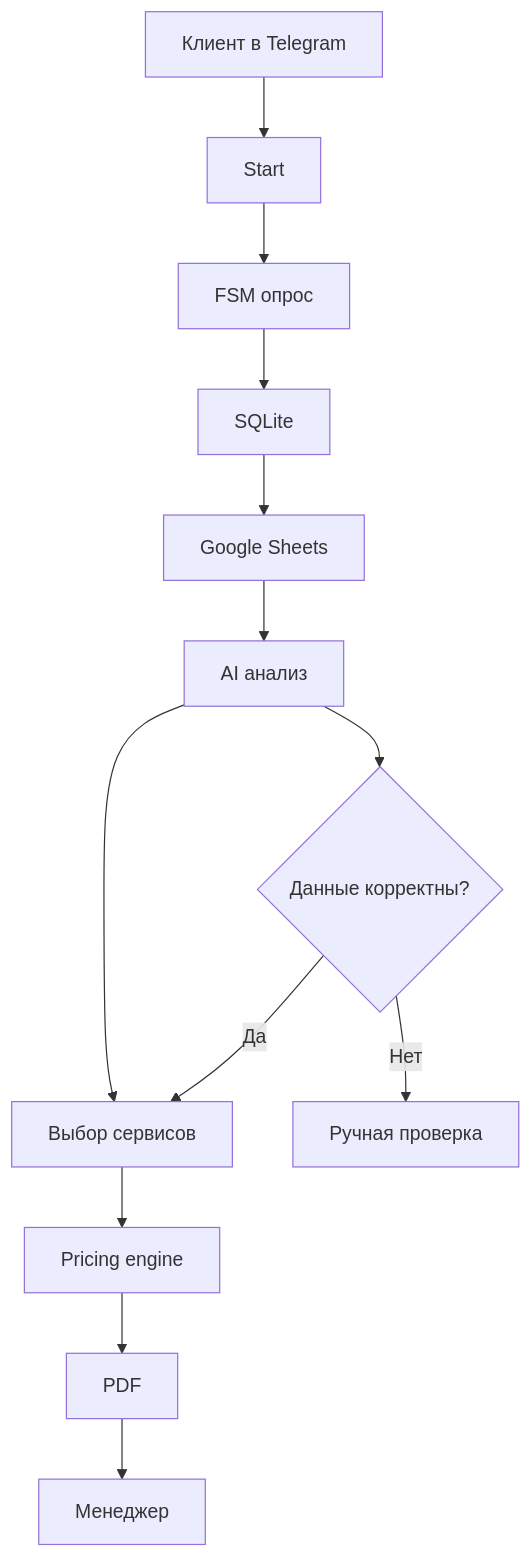
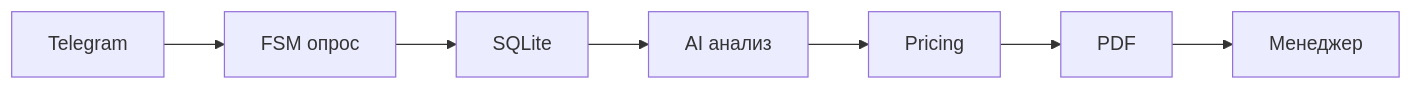
One commit to guzkarimova/ai-presale-bot changed the diagram in README.md. Above: the diagram before and after it, drawn with Mermaid.

Commit message:
Compact logic diagram

````diff
--- a/README.md
+++ b/README.md
@@ -16,16 +16,9 @@
 ```mermaid
-flowchart TD
-    A[Клиент в Telegram] --> B[Start]
-    B --> C[FSM опрос]
-    C --> D[SQLite]
-    D --> E[Google Sheets]
-    E --> F[AI анализ]
-    F --> G[Выбор сервисов]
-    G --> H[Pricing engine]
-    H --> I[PDF]
-    I --> J[Менеджер]
-
-    F --> K{Данные корректны?}
-    K -->|Да| G
-    K -->|Нет| L[Ручная проверка]
+flowchart LR
+    A[Telegram] --> B[FSM опрос]
+    B --> C[SQLite]
+    C --> D[AI анализ]
+    D --> E[Pricing]
+    E --> F[PDF]
+    F --> G[Менеджер]
 ```
````
